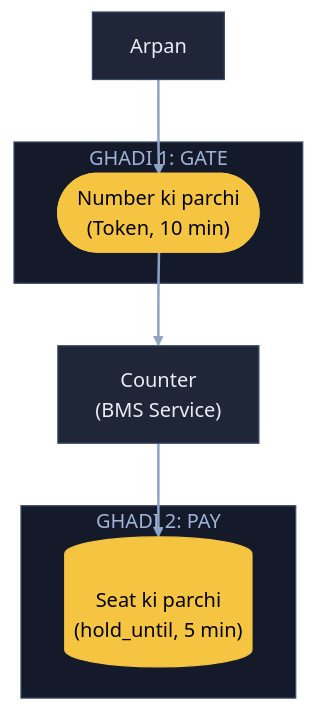
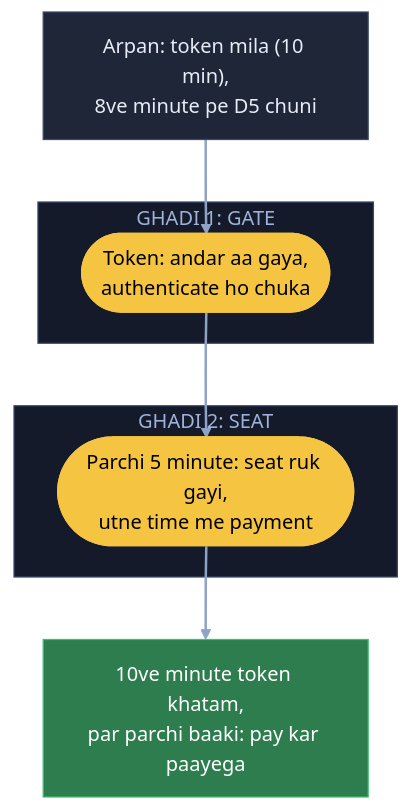
Before and after one commit to ArpanMaheshwari144/Prep: the fifth of 6 diagrams in 04_HLD/SYSTEM_DESIGNS/09_bookmyshow/09_bookmyshow.md, drawn with Mermaid. The commit also changed other lines of this file, not shown here.

Commit message:
BMS: 6 diagram hand notes ke shabdon se (do counter, ghadi 2 = seat, 'na' raasta hataya); K5 apni jodi lines hatai

````diff
--- a/04_HLD/SYSTEM_DESIGNS/09_bookmyshow/09_bookmyshow.md
+++ b/04_HLD/SYSTEM_DESIGNS/09_bookmyshow/09_bookmyshow.md
@@ -168,21 +170,21 @@
 ```mermaid
 flowchart TB
-    A["Arpan"]:::card
+    A["Arpan: token mila (10 min),<br/>8ve minute pe D5 chuni"]:::card
     subgraph G1["GHADI 1: GATE"]
-        W(["Number ki parchi<br/>(Token, 10 min)"]):::pill
+        T(["Token: andar aa gaya,<br/>authenticate ho chuka"]):::pill
     end
-    S["Counter<br/>(BMS Service)"]:::card
-    subgraph G2["GHADI 2: PAY"]
-        D[("Seat ki parchi<br/>(hold_until, 5 min)")]:::pill
+    subgraph G2["GHADI 2: SEAT"]
+        H(["Parchi 5 minute: seat ruk gayi,<br/>utne time me payment"]):::pill
     end
-    A --> W
-    W --> S
-    S --> D
+    OK["10ve minute token khatam,<br/>par parchi baaki: pay kar paayega"]:::good
+    A --> T
+    T --> H
+    H --> OK
     linkStyle default stroke:#8fa3c7,stroke-width:2px
     classDef card fill:#1e2638,stroke:#3a4a6b,color:#e8ecf5
     classDef pill fill:#f5c542,stroke:#f5c542,color:#000
     classDef good fill:#2e7d4f,stroke:#3fbf6f,color:#fff
     classDef bad fill:#5c1f24,stroke:#e05561,color:#fff
     style G1 fill:#141a29,stroke:#3a4a6b,color:#9fb3d9
     style G2 fill:#141a29,stroke:#3a4a6b,color:#9fb3d9
 ```
````
